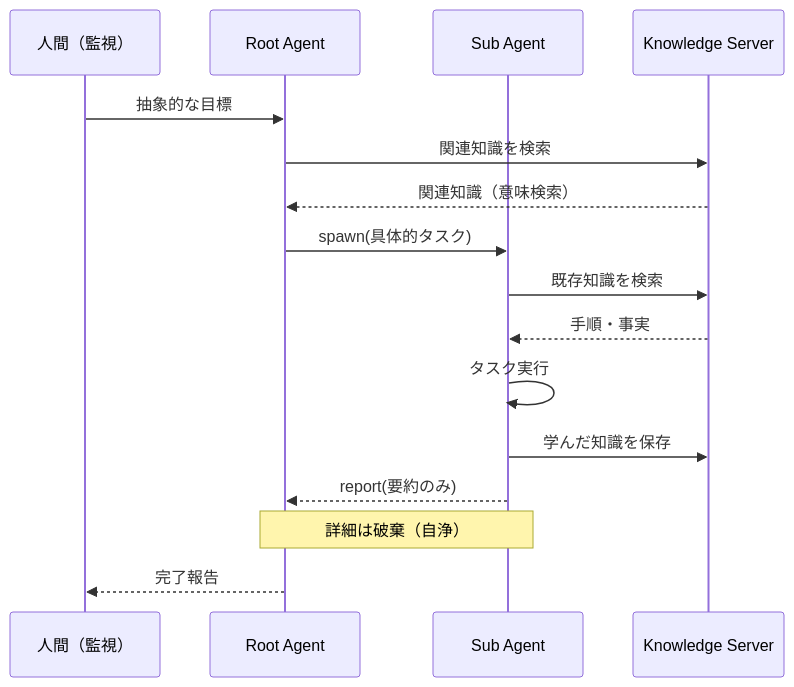
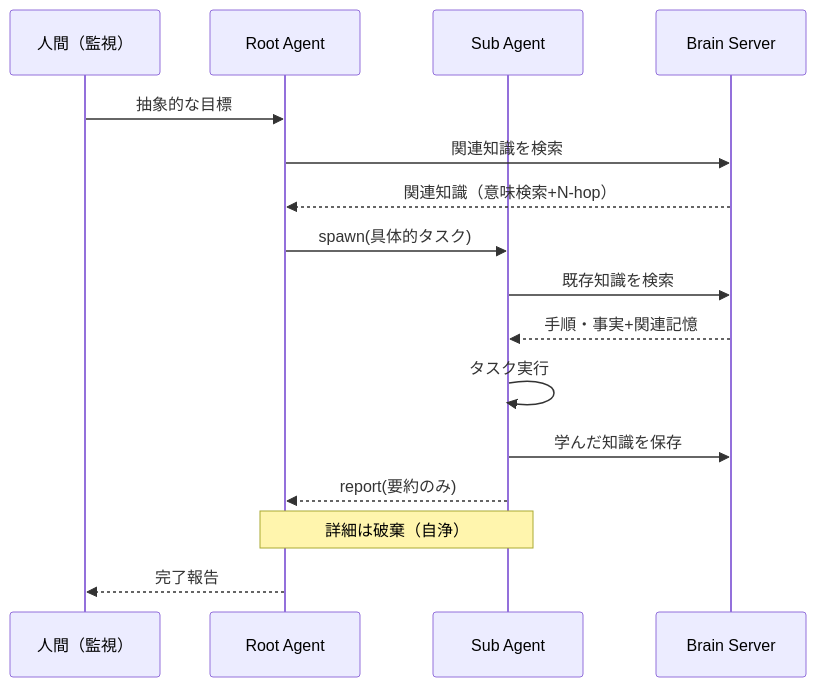
Before and after one commit to tomoharu-hayashi/jarvis: the diagram in docs/architecture.md, drawn with Mermaid. The commit also changed other lines of this file and 2 other files, not shown here.

Commit message:
feat: Brain Serverの追加とN-hop検索機能の統合、Gemini CLIの更新

````diff
--- a/docs/architecture.md
+++ b/docs/architecture.md
@@ -197,19 +201,19 @@
 ```mermaid
 sequenceDiagram
     participant User as 人間（監視）
     participant Root as Root Agent
     participant Sub as Sub Agent
-    participant Knowledge as Knowledge Server
+    participant Brain as Brain Server
 
     User->>Root: 抽象的な目標
-    Root->>Knowledge: 関連知識を検索
-    Knowledge-->>Root: 関連知識（意味検索）
+    Root->>Brain: 関連知識を検索
+    Brain-->>Root: 関連知識（意味検索+N-hop）
     Root->>Sub: spawn(具体的タスク)
-    Sub->>Knowledge: 既存知識を検索
-    Knowledge-->>Sub: 手順・事実
+    Sub->>Brain: 既存知識を検索
+    Brain-->>Sub: 手順・事実+関連記憶
     Sub->>Sub: タスク実行
-    Sub->>Knowledge: 学んだ知識を保存
+    Sub->>Brain: 学んだ知識を保存
     Sub-->>Root: report(要約のみ)
     Note over Root,Sub: 詳細は破棄（自浄）
     Root-->>User: 完了報告
 ```
````
